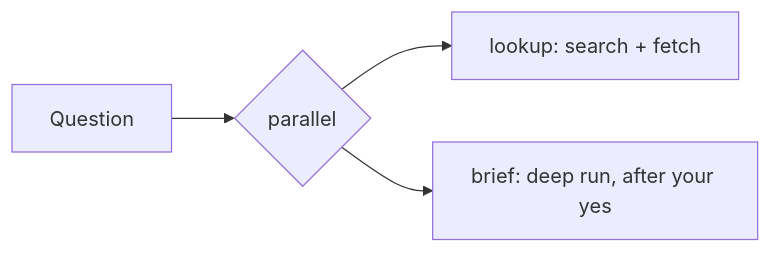
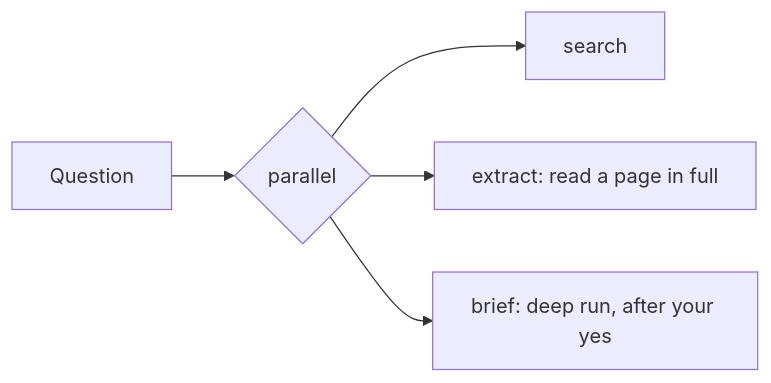
One commit to tdarenkov/parallel-kit changed the first of 3 diagrams in README.md. Above: the diagram before and after it, drawn with Mermaid. The commit also changed other lines of this file and 11 other files, not shown here.

````diff
--- a/README.md
+++ b/README.md
@@ -58,6 +58,7 @@
 ```mermaid
 flowchart LR
     Q[Question] --> R{parallel}
-    R --> L[lookup: search + fetch]
+    R --> S[search]
+    R --> E[extract: read a page in full]
     R --> B[brief: deep run, after your yes]
 ```
````
